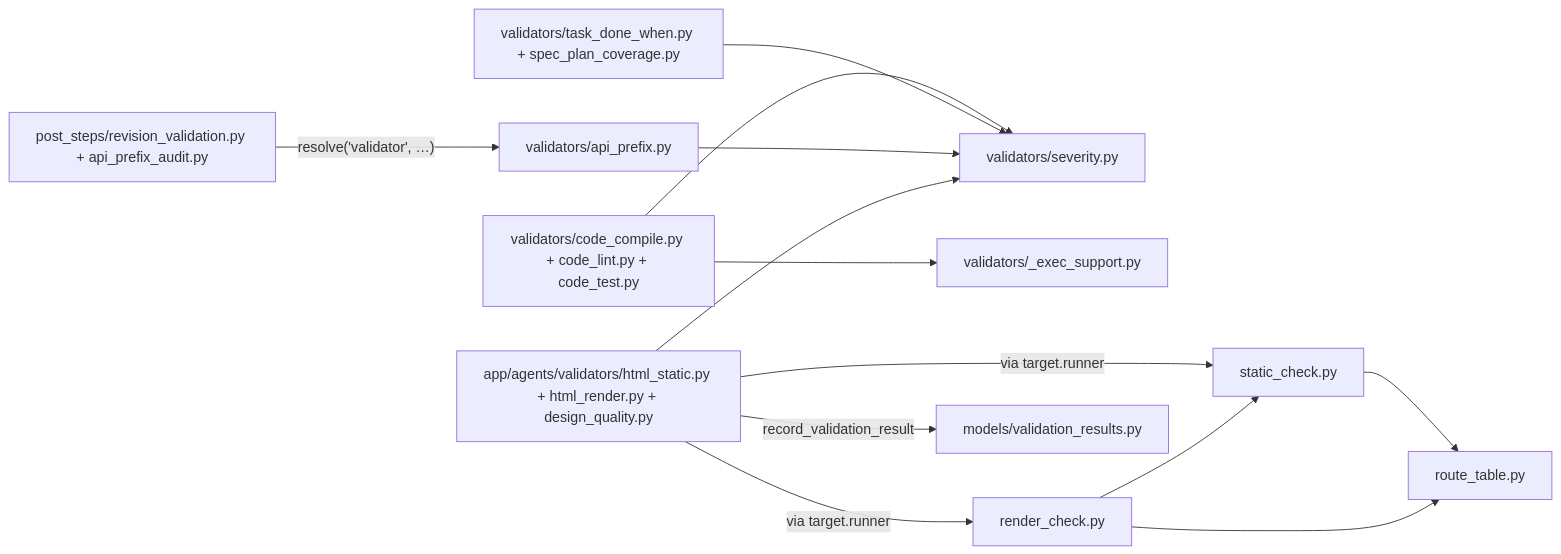
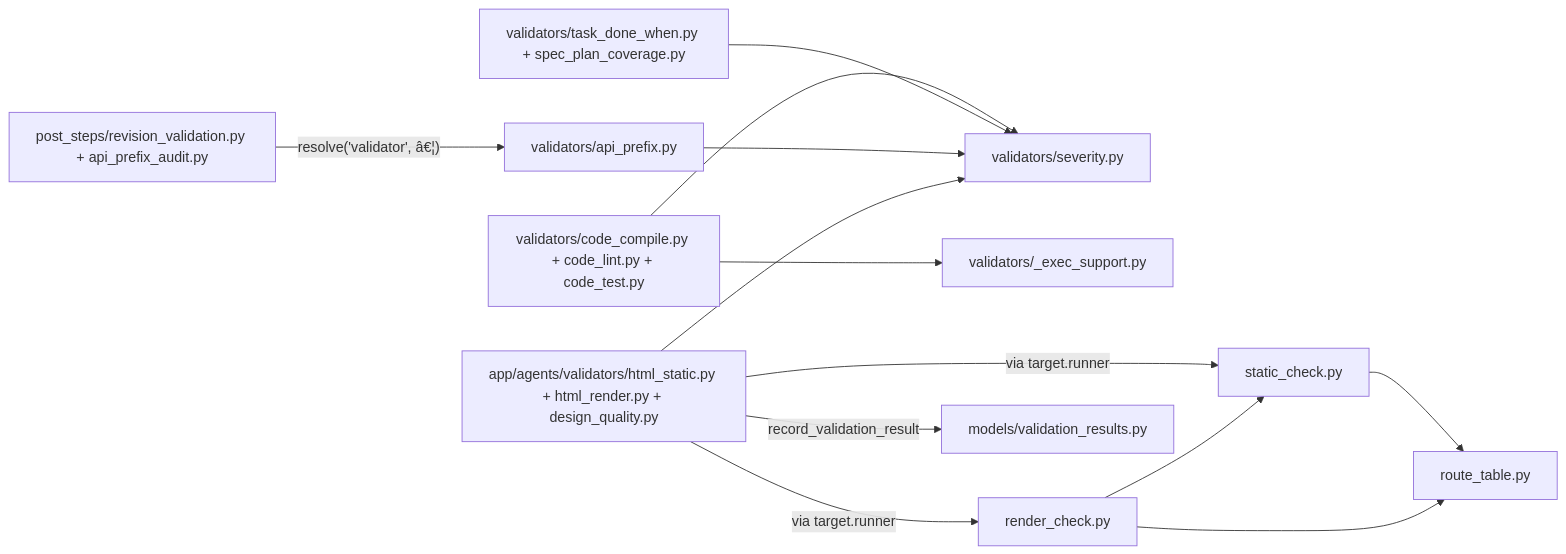
Diagram 14 of 16 in .knowledge/ARCHITECTURE.md (prateek-sinha7/IdeaFlowAI), drawn with Mermaid before and after one commit. The commit also changed other lines of this file and 791 other files, not shown here.

````diff
--- a/.knowledge/ARCHITECTURE.md
+++ b/.knowledge/ARCHITECTURE.md
@@ -386,27 +418,27 @@
 ```mermaid
 flowchart LR
     severity["validators/severity.py"]
     tier["validators/task_done_when.py + spec_plan_coverage.py"]
     apiprefix["validators/api_prefix.py"]
     codeval["validators/code_compile.py + code_lint.py + code_test.py"]
     execsup["validators/_exec_support.py"]
     appval["app/agents/validators/html_static.py + html_render.py + design_quality.py"]
     static["static_check.py"]
     render["render_check.py"]
     routes["route_table.py"]
     poststeps["post_steps/revision_validation.py + api_prefix_audit.py"]
     model["models/validation_results.py"]
 
     codeval --> execsup
     codeval --> severity
     tier --> severity
     apiprefix --> severity
     appval --> severity
     appval -->|"via target.runner"| static
     appval -->|"via target.runner"| render
     static --> routes
     render --> routes
     render --> static
-    poststeps -->|"resolve('validator', …)"| apiprefix
+    poststeps -->|"resolve('validator', â€¦)"| apiprefix
     appval -->|"record_validation_result"| model
 ```
````
